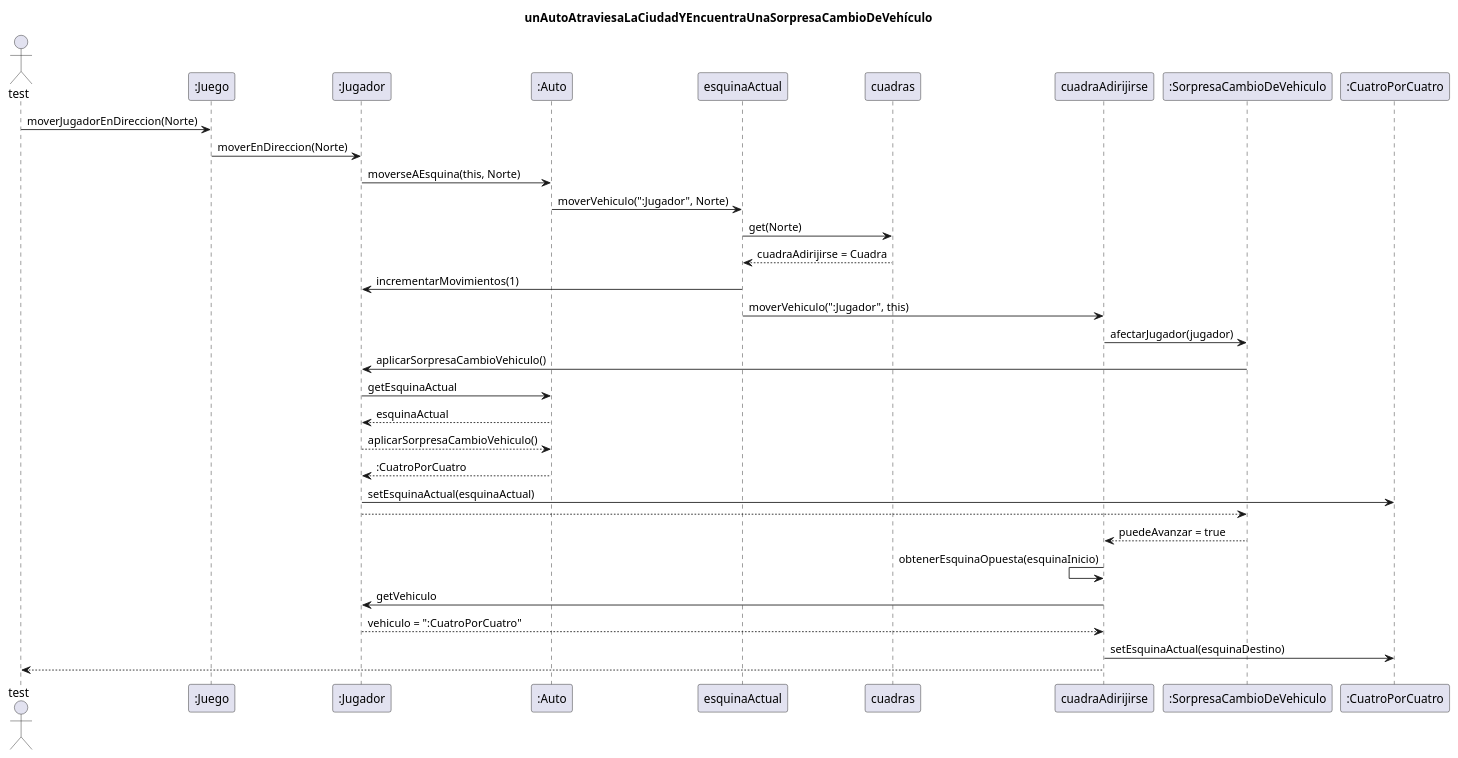
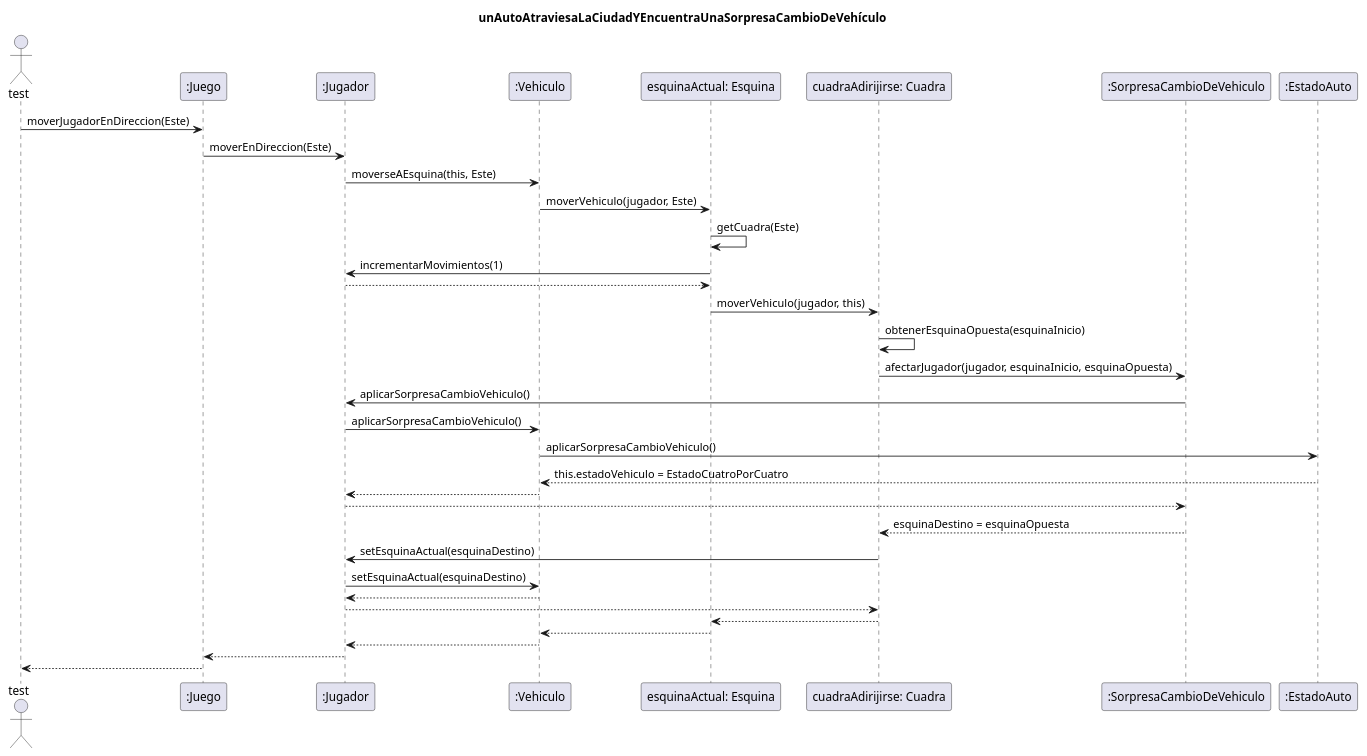
Before and after one commit to TP2Algo3FIUBA/tp2: the diagram in diagrams/sequences/entrega02/CasoDeUso03.plantuml, drawn with PlantUML. The commit also changed 5 other files, not shown here.

Commit message:
Actualizacion diagrama secuencia UML

```diff
--- a/diagrams/sequences/entrega02/CasoDeUso03.plantuml
+++ b/diagrams/sequences/entrega02/CasoDeUso03.plantuml
@@ -1,30 +1,37 @@
 @startuml
 title: unAutoAtraviesaLaCiudadYEncuentraUnaSorpresaCambioDeVehículo
 
+
 Actor test
-test -> ":Juego"  : moverJugadorEnDireccion(Norte)
-":Juego" -> ":Jugador" : moverEnDireccion(Norte)
-":Jugador" -> ":Auto" : moverseAEsquina(this, Norte)
-":Auto" -> esquinaActual : moverVehiculo(":Jugador", Norte)
-esquinaActual -> cuadras : get(Norte)
-esquinaActual <-- cuadras : cuadraAdirijirse = Cuadra
-esquinaActual -> ":Jugador" : incrementarMovimientos(1)
-esquinaActual -> cuadraAdirijirse : moverVehiculo(":Jugador", this)
+test -> ":Juego" : moverJugadorEnDireccion(Este)
+":Juego" -> ":Jugador"  : moverEnDireccion(Este)
+":Jugador"  -> ":Vehiculo" : moverseAEsquina(this, Este)
+":Vehiculo" -> "esquinaActual: Esquina" : moverVehiculo(jugador, Este)
+"esquinaActual: Esquina" -> "esquinaActual: Esquina" : getCuadra(Este)
+"esquinaActual: Esquina" -> ":Jugador" : incrementarMovimientos(1)
+return
 
-cuadraAdirijirse -> ":SorpresaCambioDeVehiculo" : afectarJugador(jugador)
+"esquinaActual: Esquina" -> "cuadraAdirijirse: Cuadra" : moverVehiculo(jugador, this)
+"cuadraAdirijirse: Cuadra" -> "cuadraAdirijirse: Cuadra" : obtenerEsquinaOpuesta(esquinaInicio)
+"cuadraAdirijirse: Cuadra" -> ":SorpresaCambioDeVehiculo" : afectarJugador(jugador, esquinaInicio, esquinaOpuesta)
+
 ":SorpresaCambioDeVehiculo" -> ":Jugador" : aplicarSorpresaCambioVehiculo()
+":Jugador" -> ":Vehiculo" : aplicarSorpresaCambioVehiculo()
+":Vehiculo" -> ":EstadoAuto" :  aplicarSorpresaCambioVehiculo()
+":EstadoAuto" --> ":Vehiculo" : this.estadoVehiculo = EstadoCuatroPorCuatro
+":Vehiculo" --> ":Jugador"
+":Jugador" --> ":SorpresaCambioDeVehiculo"
 
-":Jugador" -> ":Auto" : getEsquinaActual
-":Jugador" <-- ":Auto" : esquinaActual
-":Jugador" --> ":Auto" : aplicarSorpresaCambioVehiculo()
-":Jugador" <-- ":Auto" : :CuatroPorCuatro
-":Jugador" -> ":CuatroPorCuatro" : setEsquinaActual(esquinaActual)
-":SorpresaCambioDeVehiculo" <-- ":Jugador"
-cuadraAdirijirse <-- ":SorpresaCambioDeVehiculo" : puedeAvanzar = true
+":SorpresaCambioDeVehiculo" --> "cuadraAdirijirse: Cuadra" : esquinaDestino = esquinaOpuesta
+"cuadraAdirijirse: Cuadra" -> ":Jugador" : setEsquinaActual(esquinaDestino)
+":Jugador" -> ":Vehiculo" : setEsquinaActual(esquinaDestino)
 
-cuadraAdirijirse <- cuadraAdirijirse : obtenerEsquinaOpuesta(esquinaInicio)
-cuadraAdirijirse -> ":Jugador" : getVehiculo
-cuadraAdirijirse <-- ":Jugador" : vehiculo = ":CuatroPorCuatro"
-cuadraAdirijirse -> ":CuatroPorCuatro" : setEsquinaActual(esquinaDestino)
-test <-- cuadraAdirijirse
+return
+":Jugador" --> "cuadraAdirijirse: Cuadra"
+"cuadraAdirijirse: Cuadra" --> "esquinaActual: Esquina"
+"esquinaActual: Esquina" --> ":Vehiculo"
+":Vehiculo" --> ":Jugador"
+":Jugador" --> ":Juego"
+":Juego" --> test
+
 @enduml
```
